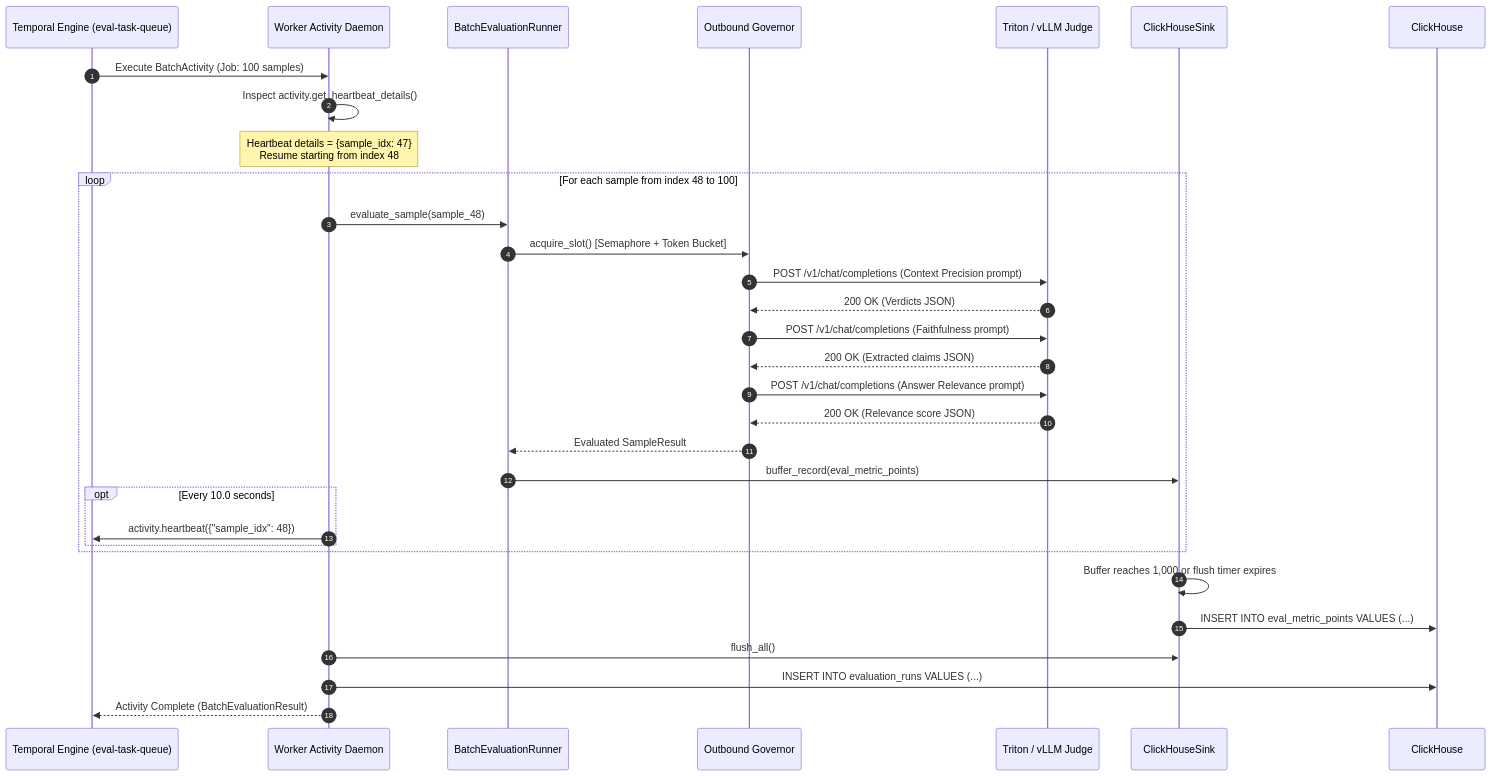
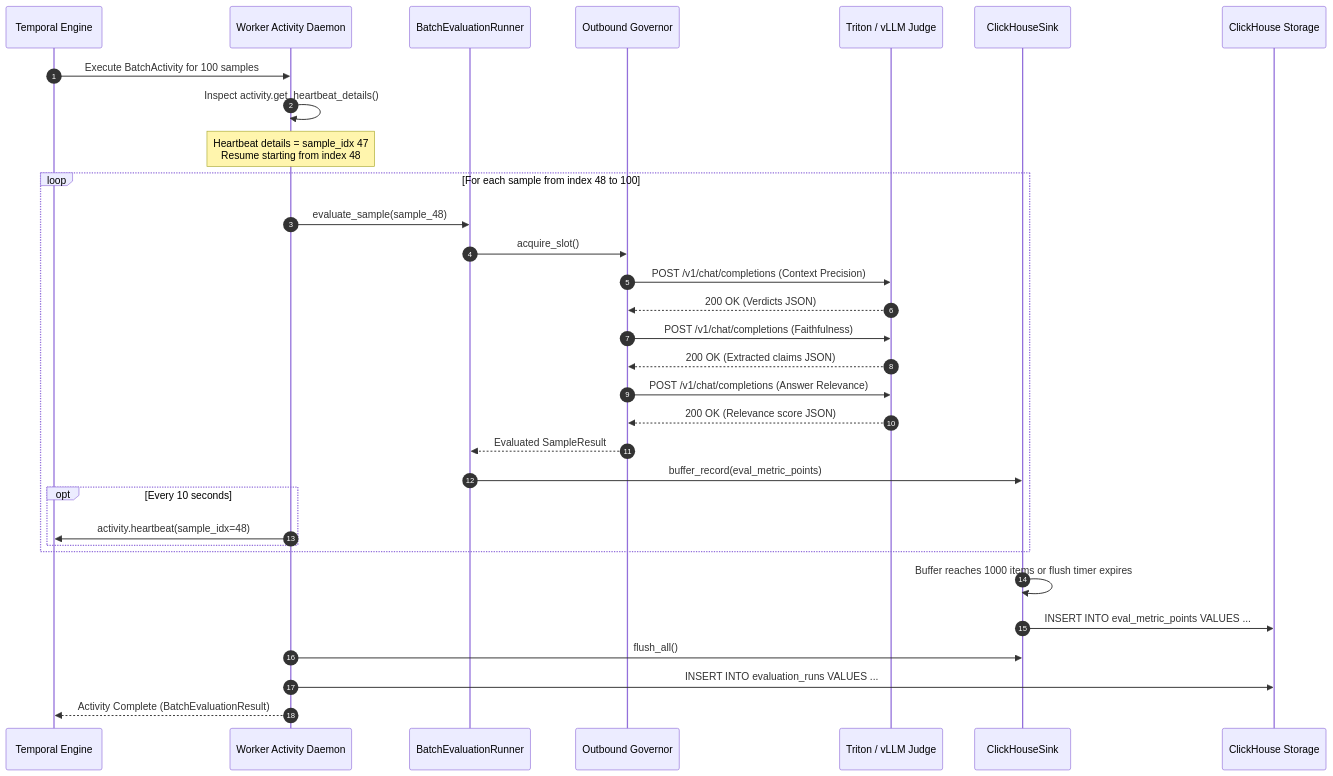
Before and after one commit to Gemejime/Evaluation-Quality-Worker: the second of 2 diagrams in Architecture.md, drawn with Mermaid. The commit also changed other lines of this file and 1 other file, not shown here.

Commit message:
fix(docs): eliminate parentheses and reserved tokens in mermaid edge labels

````diff
--- a/Architecture.md
+++ b/Architecture.md
@@ -132,37 +132,38 @@
 ```mermaid
 sequenceDiagram
     autonumber
-    participant T as Temporal Engine (eval-task-queue)
+    participant T as Temporal Engine
     participant W as Worker Activity Daemon
     participant R as BatchEvaluationRunner
     participant G as Outbound Governor
     participant J as Triton / vLLM Judge
     participant S as ClickHouseSink
+    participant C as ClickHouse Storage
 
-    T->>W: Execute BatchActivity (Job: 100 samples)
+    T->>W: Execute BatchActivity for 100 samples
     W->>W: Inspect activity.get_heartbeat_details()
-    Note over W: Heartbeat details = {sample_idx: 47}<br/>Resume starting from index 48
+    Note over W: Heartbeat details = sample_idx 47<br/>Resume starting from index 48
     
     loop For each sample from index 48 to 100
         W->>R: evaluate_sample(sample_48)
-        R->>G: acquire_slot() [Semaphore + Token Bucket]
-        G->>J: POST /v1/chat/completions (Context Precision prompt)
+        R->>G: acquire_slot()
+        G->>J: POST /v1/chat/completions (Context Precision)
         J-->>G: 200 OK (Verdicts JSON)
-        G->>J: POST /v1/chat/completions (Faithfulness prompt)
+        G->>J: POST /v1/chat/completions (Faithfulness)
         J-->>G: 200 OK (Extracted claims JSON)
-        G->>J: POST /v1/chat/completions (Answer Relevance prompt)
+        G->>J: POST /v1/chat/completions (Answer Relevance)
         J-->>G: 200 OK (Relevance score JSON)
         G-->>R: Evaluated SampleResult
         R->>S: buffer_record(eval_metric_points)
         
-        opt Every 10.0 seconds
-            W->>T: activity.heartbeat({"sample_idx": 48})
+        opt Every 10 seconds
+            W->>T: activity.heartbeat(sample_idx=48)
         end
     end
 
-    S->>S: Buffer reaches 1,000 or flush timer expires
-    S->>ClickHouse: INSERT INTO eval_metric_points VALUES (...)
+    S->>S: Buffer reaches 1000 items or flush timer expires
+    S->>C: INSERT INTO eval_metric_points VALUES ...
     W->>S: flush_all()
-    W->>ClickHouse: INSERT INTO evaluation_runs VALUES (...)
+    W->>C: INSERT INTO evaluation_runs VALUES ...
     W-->>T: Activity Complete (BatchEvaluationResult)
 ```
````
